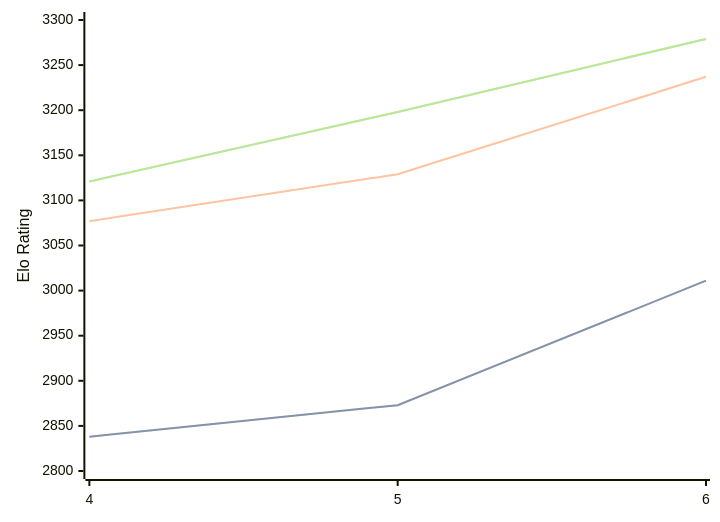
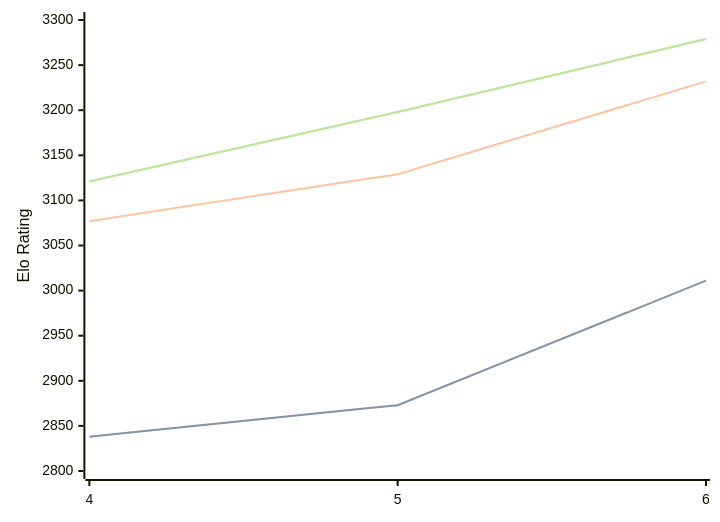
One commit to computer-chess-index/cci changed the diagram in engines/Cwtch.md. Above: the diagram before and after it, drawn with Mermaid. The commit also changed other lines of this file, not shown here.

````diff
--- a/engines/Cwtch.md
+++ b/engines/Cwtch.md
@@ -36,11 +36,11 @@
 ```mermaid
 %%{init: {"theme":"base","themeVariables":{"seriesColors:['#a3a3a3','#222221','#faa371']}}}%%
 xychart-beta
   x-axis ["4", "5", "6"]
   y-axis "Elo Rating" 2800 --> 3300
   line "STC (8.0+0.08s)" [2838, 2873, 3011]
   line "STC (8.0+0.08s)" [2838, 2873, 3011]
-  line "LTC (60.0+0.60s)" [3077, 3129, 3237]
+  line "LTC (60.0+0.60s)" [3077, 3129, 3232]
   line "VLTC (2m24s+1.12s)" [3121, 3198, 3279]
   line "VLTC (2m24s+1.12s)" [3121, 3198, 3279]
 ```
````
